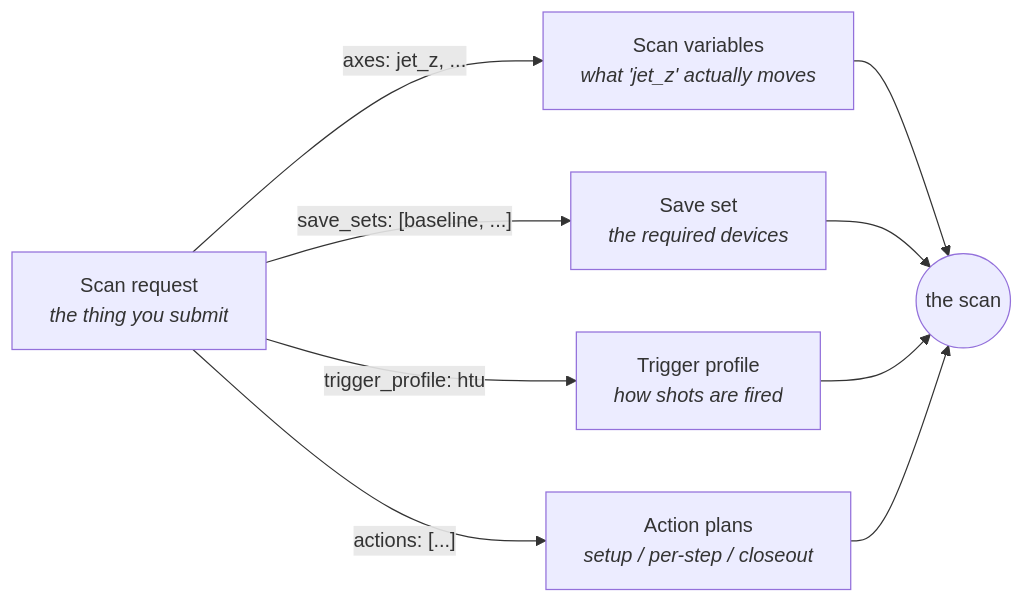
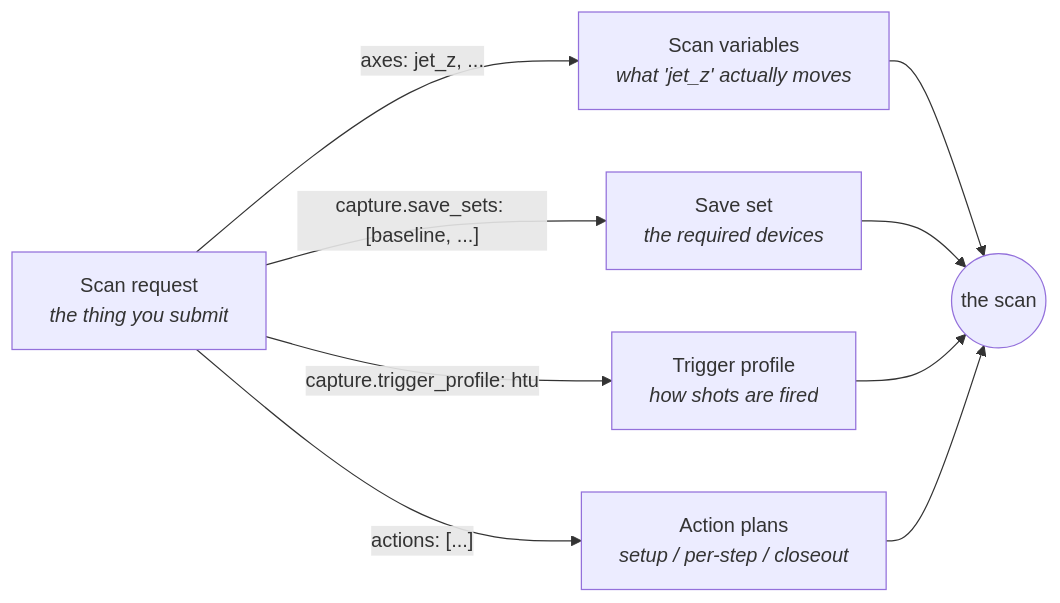
One commit to GEECS-BELLA/GEECS-Plugins changed the diagram in docs/geecs_schemas/schemas_overview.md. Above: the diagram before and after it, drawn with Mermaid. The commit also changed other lines of this file and 13 other files, not shown here.

First line of the commit message:
GEECS-Schemas 0.14.0: ScanRequest v2 — CaptureSettings grouping, submission split, v1 lifting validator

````diff
--- a/docs/geecs_schemas/schemas_overview.md
+++ b/docs/geecs_schemas/schemas_overview.md
@@ -120,18 +120,18 @@
 ```mermaid
 flowchart LR
     SR["Scan request<br/><i>the thing you submit</i>"]
     SV["Scan variables<br/><i>what 'jet_z' actually moves</i>"]
     SS["Save set<br/><i>the required devices</i>"]
     TP["Trigger profile<br/><i>how shots are fired</i>"]
     AP["Action plans<br/><i>setup / per-step / closeout</i>"]
     SCAN(("the scan"))
 
     SR -- "axes: jet_z, ..." --> SV
-    SR -- "save_sets: [baseline, ...]" --> SS
-    SR -- "trigger_profile: htu" --> TP
+    SR -- "capture.save_sets: [baseline, ...]" --> SS
+    SR -- "capture.trigger_profile: htu" --> TP
     SR -- "actions: [...]" --> AP
     SV --> SCAN
     SS --> SCAN
     TP --> SCAN
     AP --> SCAN
 ```
````
